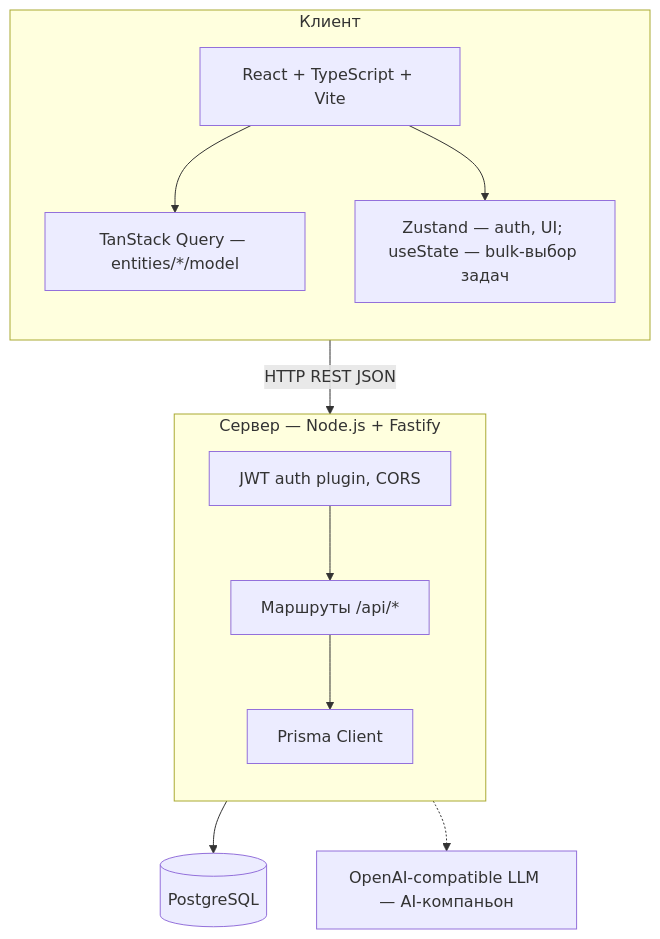
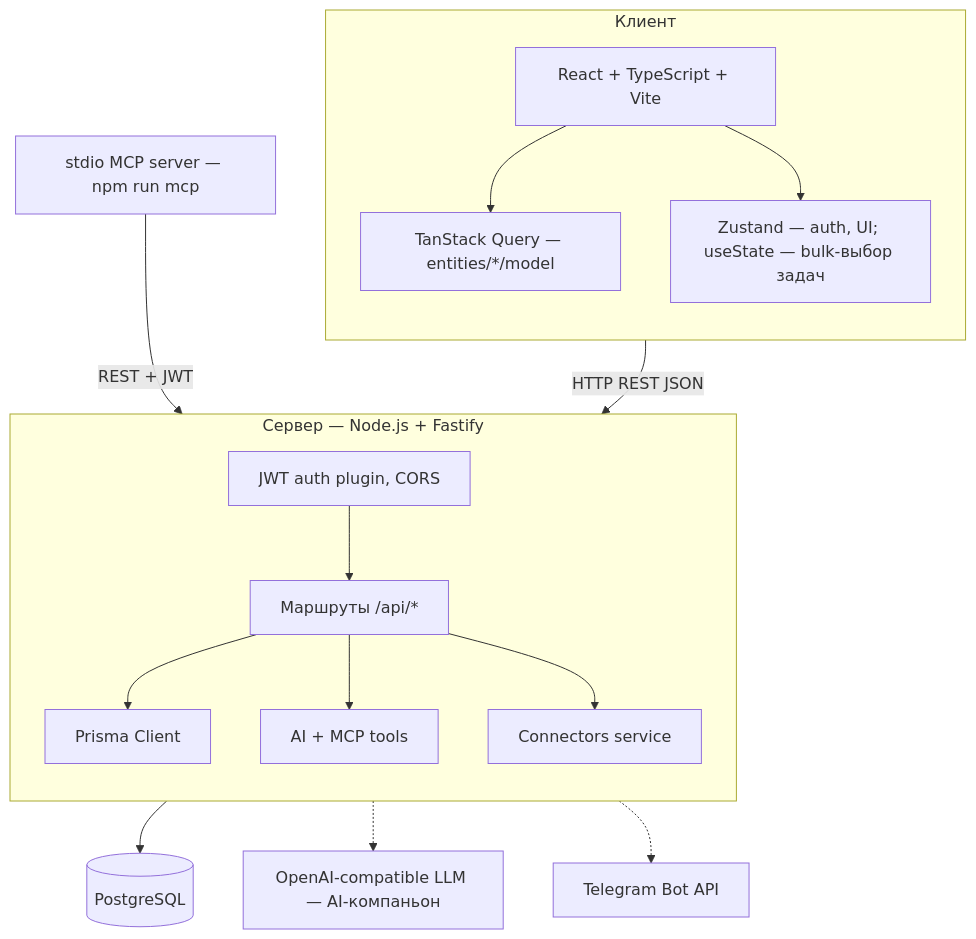
Before and after one commit to Shadowgraph-1/project-K: the second of 3 diagrams in README.md, drawn with Mermaid. The commit also changed other lines of this file and 124 other files, not shown here.

````diff
--- a/README.md
+++ b/README.md
@@ -195,26 +215,35 @@
 ```mermaid
 flowchart TB
   subgraph FE["Клиент"]
     direction TB
     FE_STACK["React + TypeScript + Vite"]
     FE_QUERY["TanStack Query — entities/*/model"]
     FE_STATE["Zustand — auth, UI; useState — bulk-выбор задач"]
     FE_STACK --> FE_QUERY
     FE_STACK --> FE_STATE
   end
 
   subgraph BE["Сервер — Node.js + Fastify"]
     direction TB
     BE_MW["JWT auth plugin, CORS"]
     BE_API["Маршруты /api/*"]
     BE_ORM["Prisma Client"]
-    BE_MW --> BE_API --> BE_ORM
+    BE_AI["AI + MCP tools"]
+    BE_CONNECTORS["Connectors service"]
+    BE_MW --> BE_API
+    BE_API --> BE_ORM
+    BE_API --> BE_AI
+    BE_API --> BE_CONNECTORS
   end
 
   DB[(PostgreSQL)]
   LLM["OpenAI-compatible LLM — AI-компаньон"]
+  MCP["stdio MCP server — npm run mcp"]
+  TG["Telegram Bot API"]
 
   FE -->|"HTTP REST JSON"| BE
   BE_ORM --> DB
-  BE -.-> LLM
+  BE_AI -.-> LLM
+  MCP -->|"REST + JWT"| BE_API
+  BE_CONNECTORS -.-> TG
 ```
````
